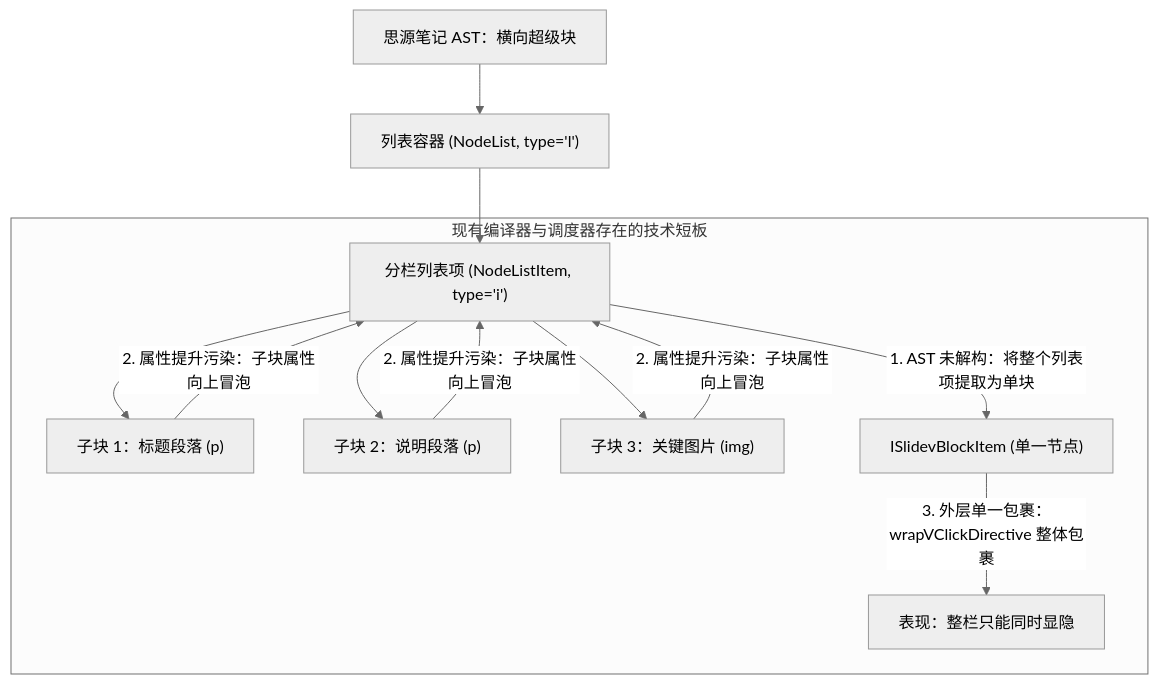
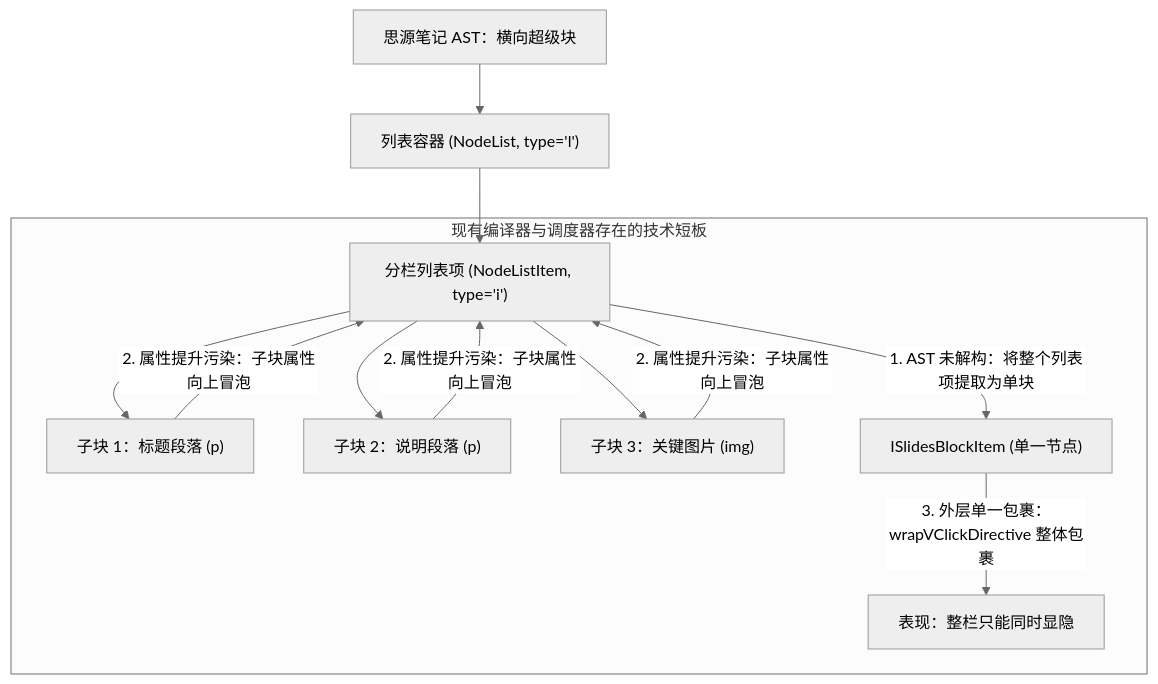
The first of 2 diagrams in docs/表头多栏内组件级逐步呈现与级联调度方案设计.md (famotime/siyuan-live-slides), drawn with Mermaid (neutral theme) before and after one commit. The commit also changed other lines of this file and 175 other files, not shown here.

````diff
--- a/docs/表头多栏内组件级逐步呈现与级联调度方案设计.md
+++ b/docs/表头多栏内组件级逐步呈现与级联调度方案设计.md
@@ -27,14 +27,14 @@
 ```mermaid
 flowchart TD
     A["思源笔记 AST：横向超级块"] --> B["列表容器 (NodeList, type='l')"]
     B --> C["分栏列表项 (NodeListItem, type='i')"]
     C --> D["子块 1：标题段落 (p)"]
     C --> E["子块 2：说明段落 (p)"]
     C --> F["子块 3：关键图片 (img)"]
     
     subgraph Bottlenecks ["现有编译器与调度器存在的技术短板"]
-        C -- "1. AST 未解构：将整个列表项提取为单块" --> G["ISlidevBlockItem (单一节点)"]
+        C -- "1. AST 未解构：将整个列表项提取为单块" --> G["ISlidesBlockItem (单一节点)"]
         D & E & F -- "2. 属性提升污染：子块属性向上冒泡" --> C
         G -- "3. 外层单一包裹：wrapVClickDirective 整体包裹" --> H["表现：整栏只能同时显隐"]
     end
 ```
````
